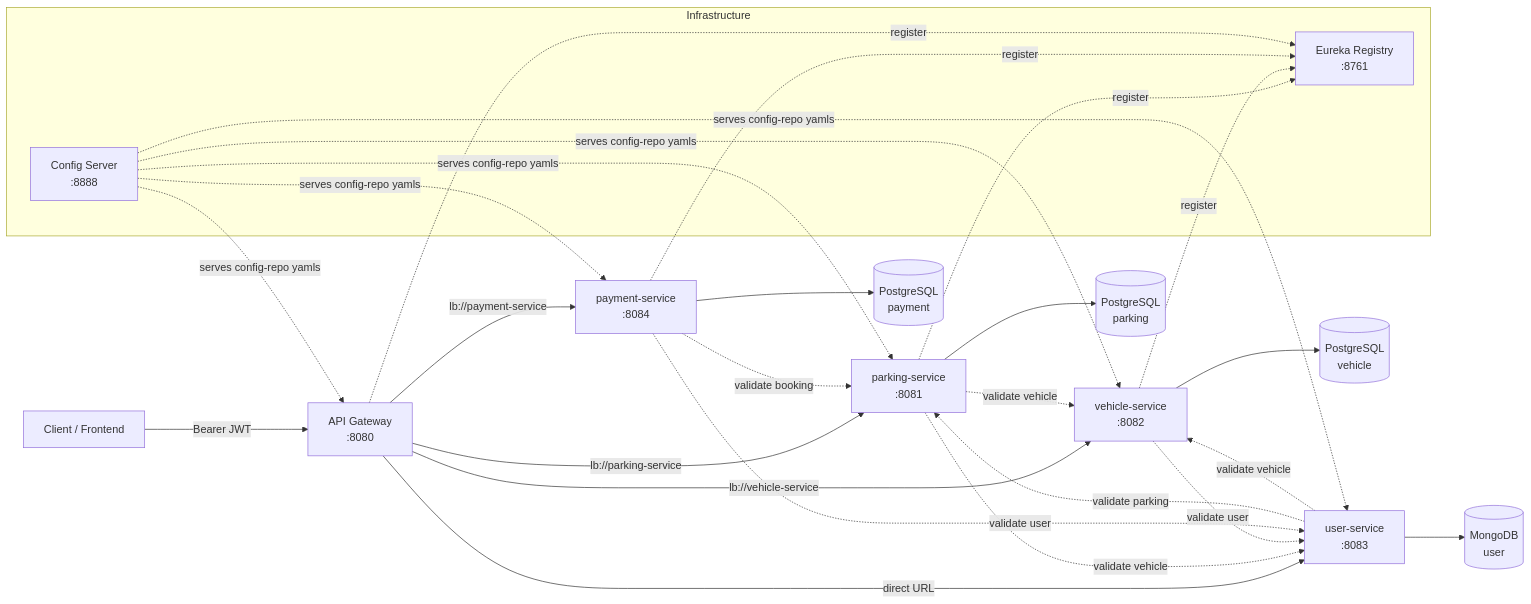
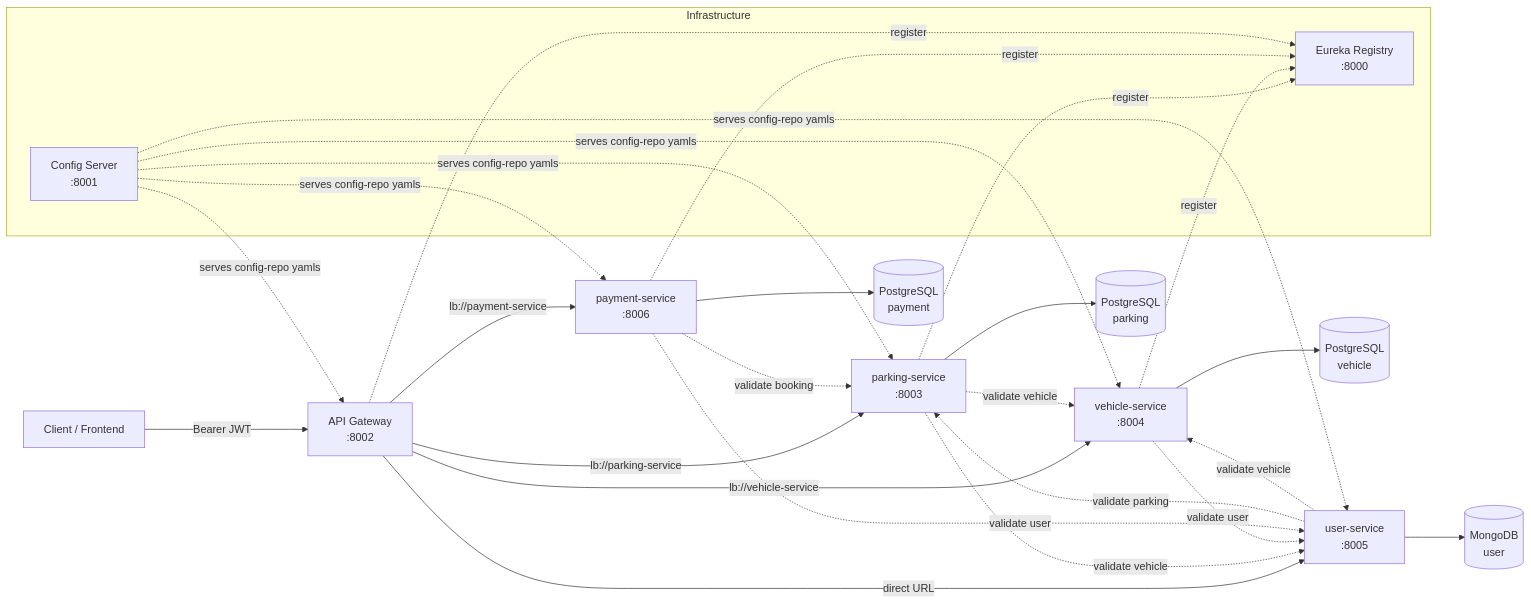
Before and after one commit to yasasbanukaofficial/kadolk-backend-microservice: the first of 2 diagrams in README.md, drawn with Mermaid. The commit also changed other lines of this file and 33 other files, not shown here.

````diff
--- a/README.md
+++ b/README.md
@@ -28,38 +28,38 @@
 ```mermaid
 flowchart LR
-    Client[Client / Frontend] -->|Bearer JWT| Gateway[API Gateway<br/>:8080]
+    Client[Client / Frontend] -->|Bearer JWT| Gateway[API Gateway<br/>:8002]
 
     subgraph Infrastructure
-        Config[Config Server<br/>:8888]
-        Eureka[Eureka Registry<br/>:8761]
+        Config[Config Server<br/>:8001]
+        Eureka[Eureka Registry<br/>:8000]
     end
 
-    Gateway -->|lb://parking-service| Parking[parking-service<br/>:8081]
-    Gateway -->|lb://vehicle-service| Vehicle[vehicle-service<br/>:8082]
-    Gateway -->|direct URL| User[user-service<br/>:8083]
-    Gateway -->|lb://payment-service| Payment[payment-service<br/>:8084]
+    Gateway -->|lb://parking-service| Parking[parking-service<br/>:8003]
+    Gateway -->|lb://vehicle-service| Vehicle[vehicle-service<br/>:8004]
+    Gateway -->|direct URL| User[user-service<br/>:8005]
+    Gateway -->|lb://payment-service| Payment[payment-service<br/>:8006]
 
     Parking --> PG1[(PostgreSQL<br/>parking)]
     Vehicle --> PG2[(PostgreSQL<br/>vehicle)]
     Payment --> PG3[(PostgreSQL<br/>payment)]
     User --> Mongo[(MongoDB<br/>user)]
 
     Parking -.validate vehicle.-> Vehicle
     Parking -.validate vehicle.-> User
     Vehicle -.validate user.-> User
     Payment -.validate booking.-> Parking
     Payment -.validate user.-> User
     User -.validate parking.-> Parking
     User -.validate vehicle.-> Vehicle
 
     Parking -.register.-> Eureka
     Vehicle -.register.-> Eureka
     Payment -.register.-> Eureka
     Gateway -.register.-> Eureka
 
     Config -.serves config-repo yamls.-> Gateway
     Config -.serves config-repo yamls.-> Parking
     Config -.serves config-repo yamls.-> Vehicle
     Config -.serves config-repo yamls.-> Payment
     Config -.serves config-repo yamls.-> User
 ```
````
